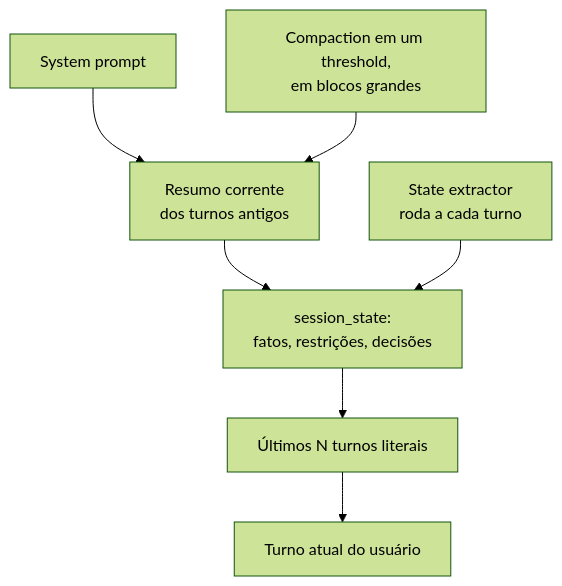
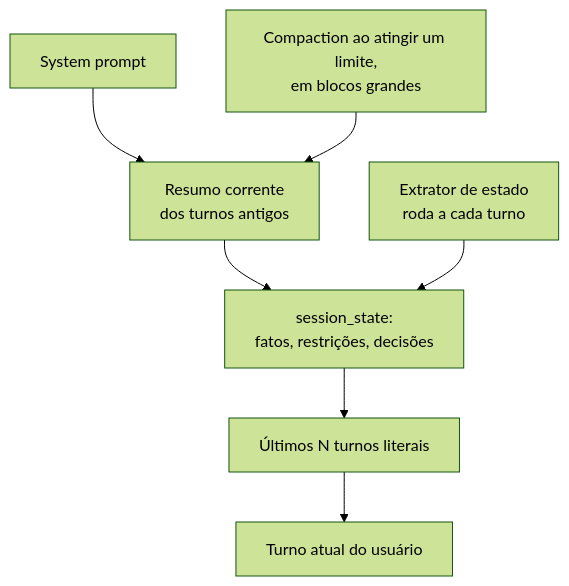
Before and after one commit to andrevberaldo/AI-Engineer-Interview-Questions: the sixth of 26 diagrams in 03-prompt-engineering-and-context/questions.pt-BR.md, drawn with Mermaid (forest theme). The commit also changed other lines of this file and 1 other file, not shown here.

````diff
--- a/03-prompt-engineering-and-context/questions.pt-BR.md
+++ b/03-prompt-engineering-and-context/questions.pt-BR.md
@@ -341,9 +341,9 @@
 ```mermaid
 flowchart TD
     A["System prompt"] --> B["Resumo corrente<br/>dos turnos antigos"]
     B --> C["session_state:<br/>fatos, restrições, decisões"]
     C --> D["Últimos N turnos literais"]
     D --> E["Turno atual do usuário"]
-    F["State extractor<br/>roda a cada turno"] --> C
-    G["Compaction em um threshold,<br/>em blocos grandes"] --> B
+    F["Extrator de estado<br/>roda a cada turno"] --> C
+    G["Compaction ao atingir um limite,<br/>em blocos grandes"] --> B
 ```
````
